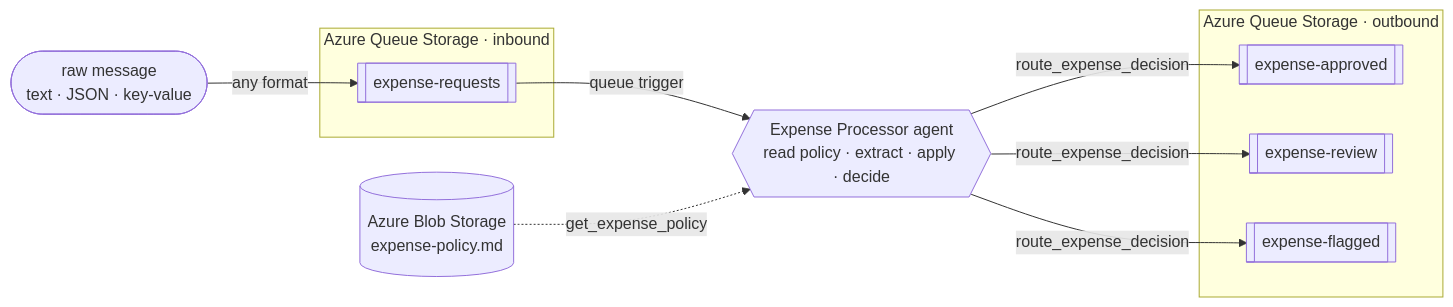
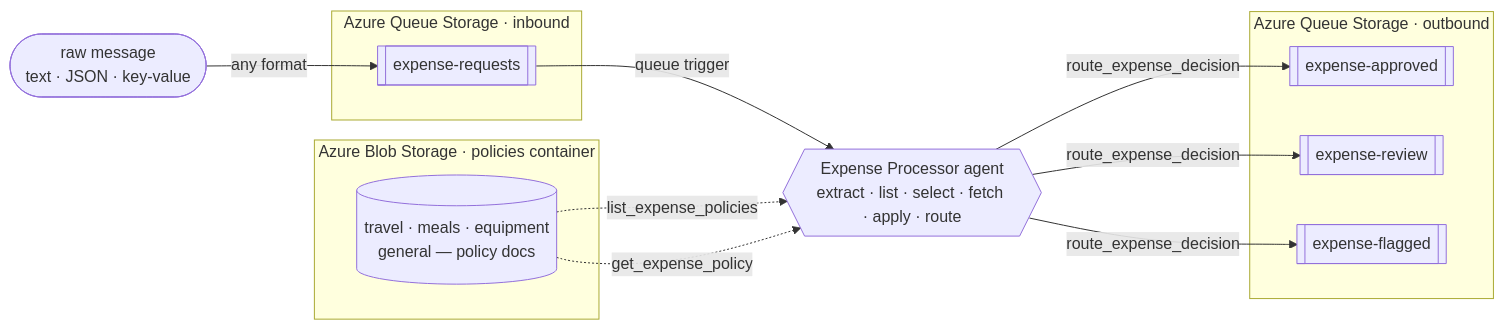
Before and after one commit to Azure-Samples/serverless-agents-expense-processor: the diagram in README.md, drawn with Mermaid. The commit also changed other lines of this file and 19 other files, not shown here.

````diff
--- a/README.md
+++ b/README.md
@@ -62,25 +69,28 @@
 ```mermaid
 flowchart LR
     msg([raw message<br/>text · JSON · key-value])
 
     subgraph inbound["Azure Queue Storage · inbound"]
         inq[[expense-requests]]
     end
 
-    policy[(Azure Blob Storage<br/>expense-policy.md)]
+    subgraph policies["Azure Blob Storage · policies container"]
+        pdocs[(travel · meals · equipment<br/>general — policy docs)]
+    end
 
-    agent{{Expense Processor agent<br/>read policy · extract · apply · decide}}
+    agent{{Expense Processor agent<br/>extract · list · select · fetch · apply · route}}
 
     subgraph outbound["Azure Queue Storage · outbound"]
         approved[[expense-approved]]
         review[[expense-review]]
         flagged[[expense-flagged]]
     end
 
     msg -->|any format| inq
     inq -->|queue trigger| agent
-    policy -. get_expense_policy .-> agent
+    pdocs -. list_expense_policies .-> agent
+    pdocs -. get_expense_policy .-> agent
     agent -->|route_expense_decision| approved
     agent -->|route_expense_decision| review
     agent -->|route_expense_decision| flagged
 ```
````
